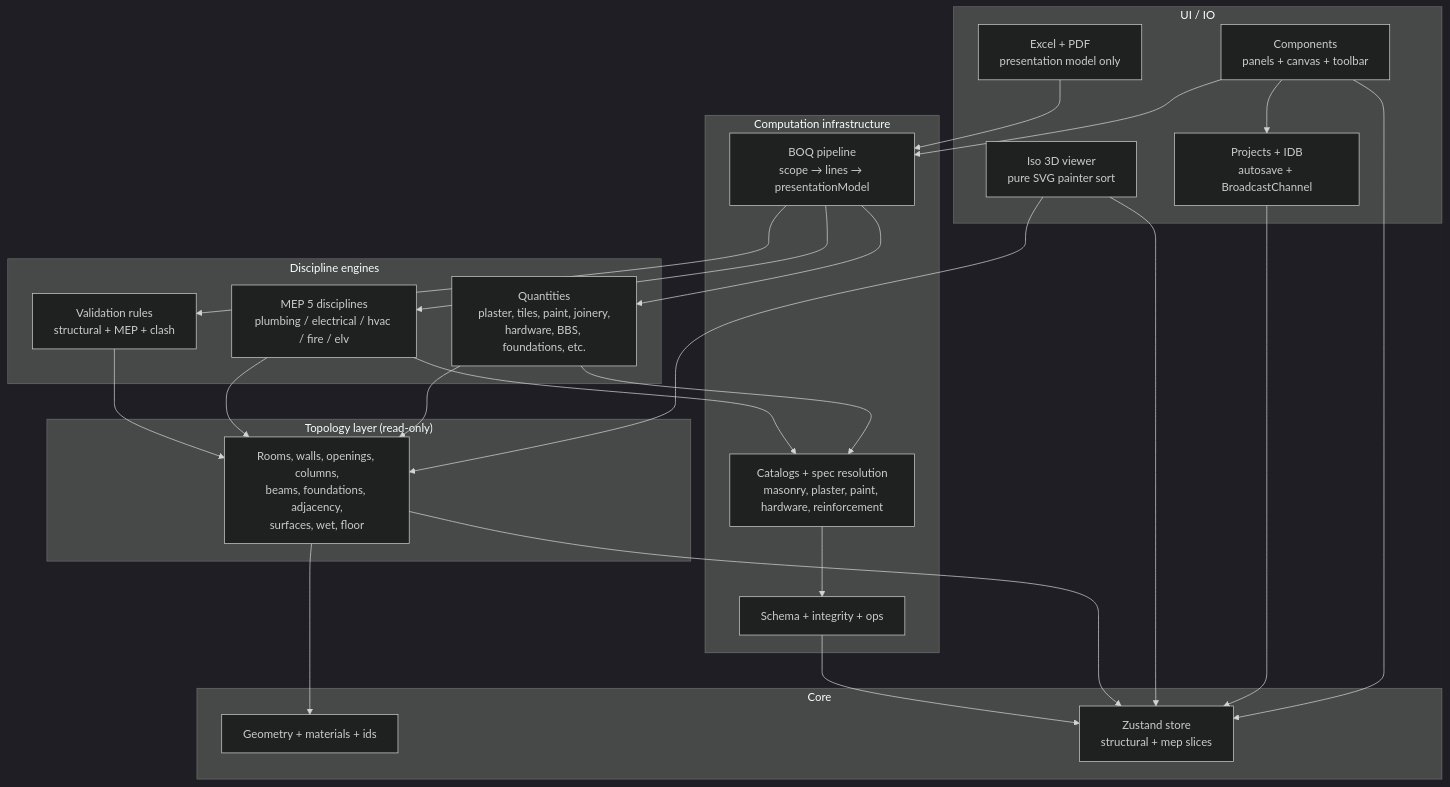
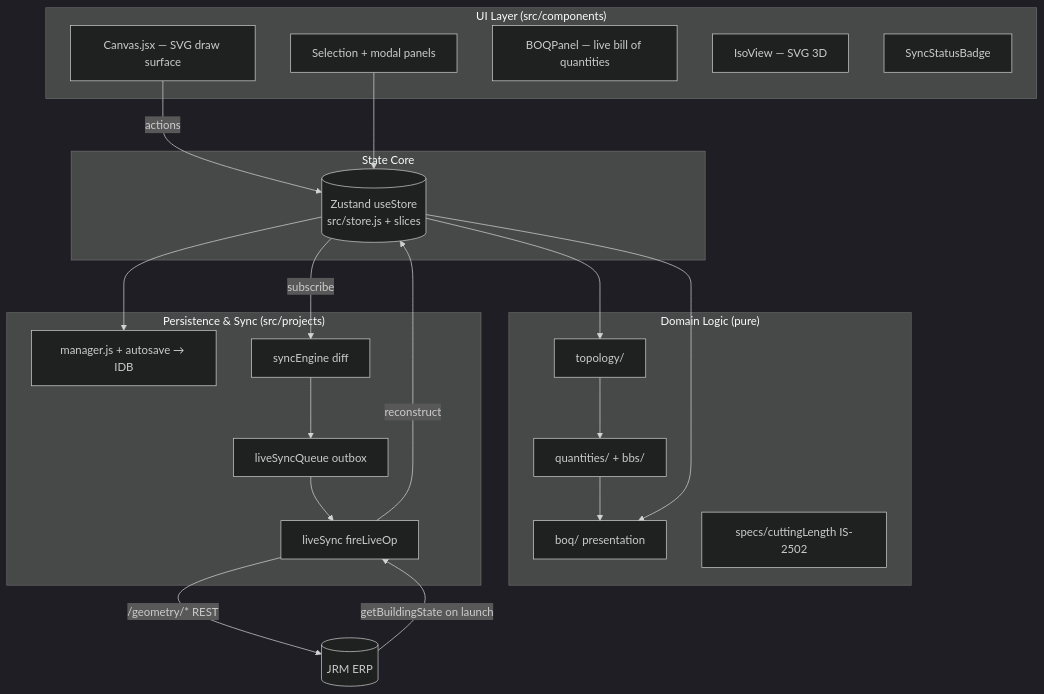
Before and after one commit to webdevvicky/building-editor: the diagram in docs/CODEBASE_MAP.md, drawn with Mermaid (dark theme). The commit also changed other lines of this file, not shown here.

````diff
--- a/docs/CODEBASE_MAP.md
+++ b/docs/CODEBASE_MAP.md
@@ -24,46 +18,32 @@
 ```mermaid
 graph TB
-    subgraph Outer["UI / IO"]
-        UI[Components<br/>panels + canvas + toolbar]
-        Persist[Projects + IDB<br/>autosave + BroadcastChannel]
-        Export[Excel + PDF<br/>presentation model only]
-        Iso[Iso 3D viewer<br/>pure SVG painter sort]
+    subgraph UI["UI Layer (src/components)"]
+        Canvas[Canvas.jsx — SVG draw surface]
+        Panels[Selection + modal panels]
+        BOQ[BOQPanel — live bill of quantities]
+        Iso[IsoView — SVG 3D]
+        Badge[SyncStatusBadge]
     end
-    subgraph Discipline["Discipline engines"]
-        Q[Quantities<br/>plaster, tiles, paint, joinery,<br/>hardware, BBS, foundations, etc.]
-        MEP[MEP 5 disciplines<br/>plumbing / electrical / hvac / fire / elv]
-        Val[Validation rules<br/>structural + MEP + clash]
+    subgraph State["State Core"]
+        Store[(Zustand useStore<br/>src/store.js + slices)]
     end
-    subgraph Topo["Topology layer (read-only)"]
-        Topology[Rooms, walls, openings, columns,<br/>beams, foundations, adjacency,<br/>surfaces, wet, floor]
+    subgraph Logic["Domain Logic (pure)"]
+        Topo[topology/] --> Qty[quantities/ + bbs/]
+        Qty --> BoqPipe[boq/ presentation]
+        Specs[specs/cuttingLength IS-2502]
     end
-    subgraph Compute["Computation infrastructure"]
-        Schema[Schema + integrity + ops]
-        Specs[Catalogs + spec resolution<br/>masonry, plaster, paint, hardware, reinforcement]
-        BOQPipe[BOQ pipeline<br/>scope → lines → presentationModel]
+    subgraph Persist["Persistence & Sync (src/projects)"]
+        Mgr[manager.js + autosave → IDB]
+        SyncEng[syncEngine diff]
+        Queue[liveSyncQueue outbox]
+        LiveSync[liveSync fireLiveOp]
     end
-    subgraph Core["Core"]
-        Geo[Geometry + materials + ids]
-        Store[Zustand store<br/>structural + mep slices]
-    end
-
-    UI --> Store
-    UI --> BOQPipe
-    UI --> Persist
-    Persist --> Store
-    Export --> BOQPipe
-    Iso --> Store
-    Iso --> Topology
-    Q --> Topology
-    Q --> Specs
-    MEP --> Topology
-    MEP --> Specs
-    Val --> Topology
-    BOQPipe --> Q
-    BOQPipe --> MEP
-    BOQPipe --> Val
-    Topology --> Store
-    Topology --> Geo
-    Schema --> Store
-    Specs --> Schema
+    Canvas -->|actions| Store
+    Panels --> Store
+    Store --> Topo
+    Store --> BoqPipe
+    Store -->|subscribe| SyncEng
+    SyncEng --> Queue --> LiveSync -->|/geometry/* REST| ERP[(JRM ERP)]
+    Store --> Mgr
+    ERP -->|getBuildingState on launch| LiveSync -->|reconstruct| Store
 ```
````
